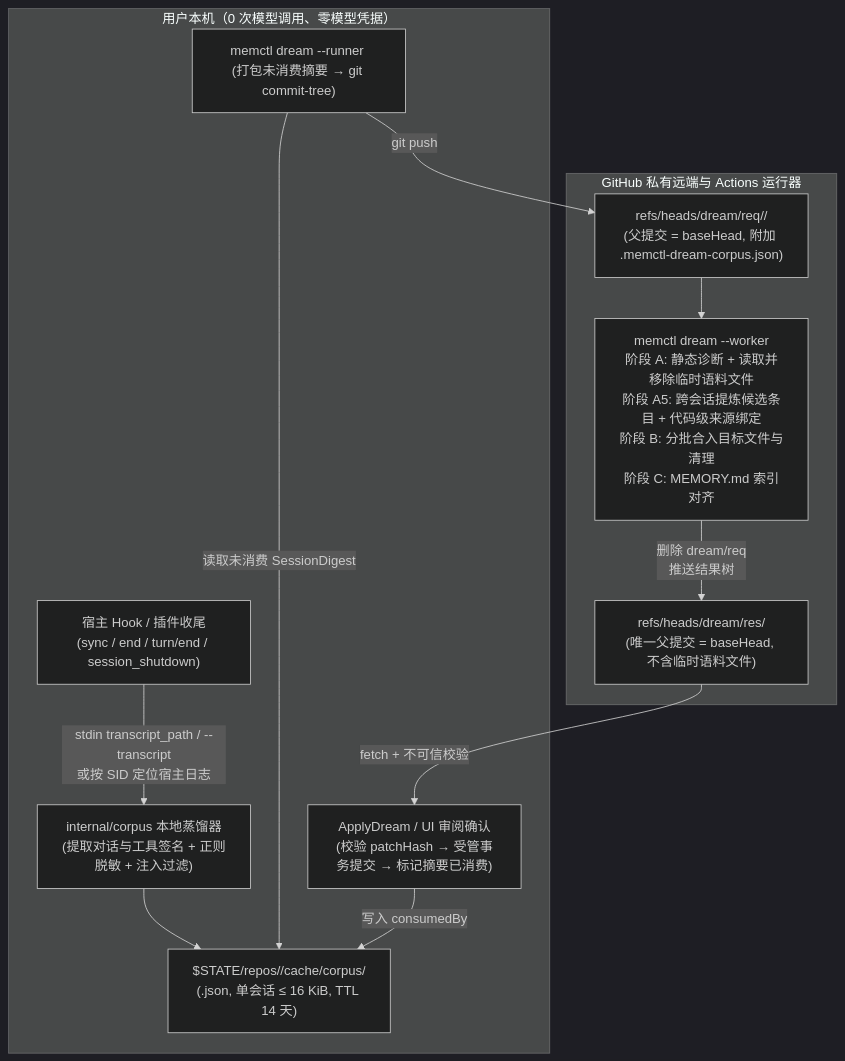
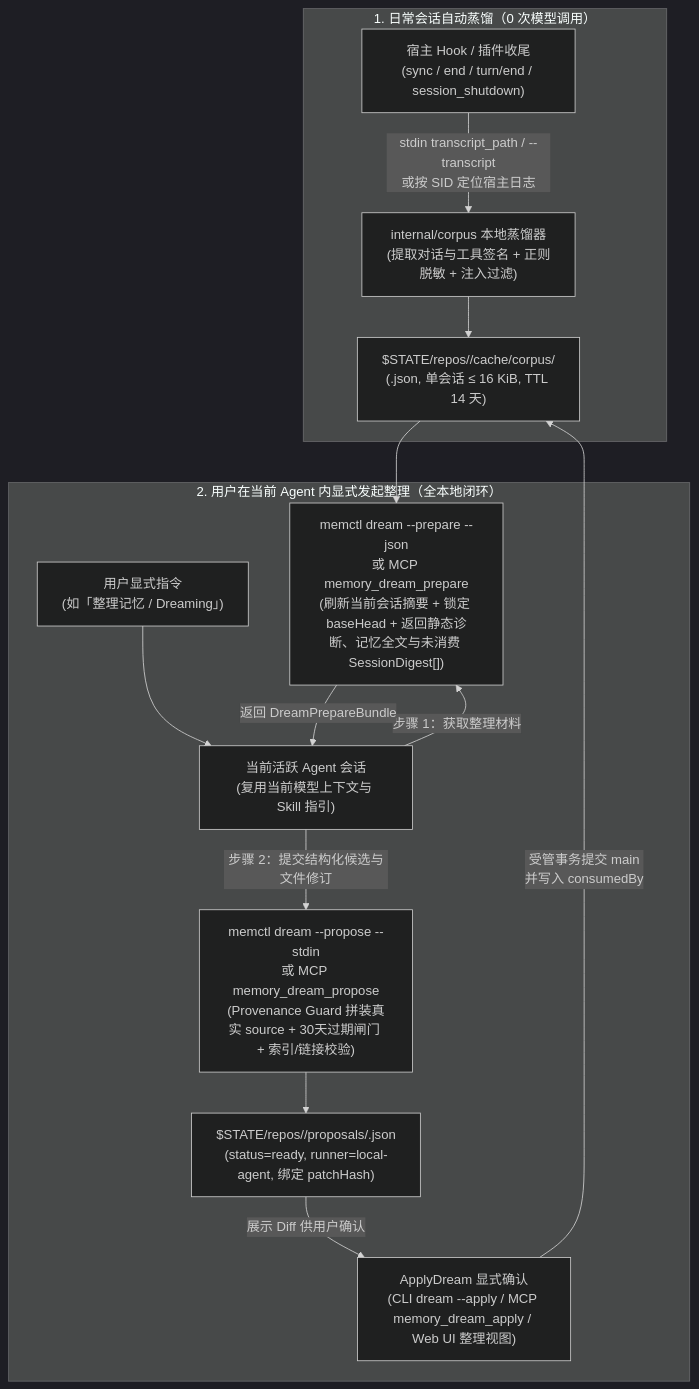
One commit to gray0128/memctl changed the diagram in docs/12-session-corpus-dreaming.md. Above: the diagram before and after it, drawn with Mermaid (dark theme). The commit also changed other lines of this file and 9 other files, not shown here.

Commit message:
docs(dream): 跨会话新记忆提炼改为本地当前 Agent 交互式整理（T098）

````diff
--- a/docs/12-session-corpus-dreaming.md
+++ b/docs/12-session-corpus-dreaming.md
@@ -18,25 +17,28 @@
 ```mermaid
 flowchart TB
-    subgraph Local["用户本机（0 次模型调用、零模型凭据）"]
+    subgraph Collect["1. 日常会话自动蒸馏（0 次模型调用）"]
         Hook["宿主 Hook / 插件收尾\n(sync / end / turn/end / session_shutdown)"]
         Corpus["internal/corpus 本地蒸馏器\n(提取对话与工具签名 + 正则脱敏 + 注入过滤)"]
         Cache["$STATE/repos/<repoId>/cache/corpus/\n(<sha256>.json, 单会话 ≤ 16 KiB, TTL 14 天)"]
-        Begin["memctl dream --runner <provider>\n(打包未消费摘要 → git commit-tree)"]
-        Apply["ApplyDream / UI 审阅确认\n(校验 patchHash → 受管事务提交 → 标记摘要已消费)"]
+        Hook -->|"stdin transcript_path / --transcript\n或按 SID 定位宿主日志"| Corpus
+        Corpus --> Cache
     end
 
-    subgraph Remote["GitHub 私有远端与 Actions 运行器"]
-        Req["refs/heads/dream/req/<proposalId>/<provider>\n(父提交 = baseHead, 附加 .memctl-dream-corpus.json)"]
-        Worker["memctl dream --worker\n阶段 A: 静态诊断 + 读取并移除临时语料文件\n阶段 A5: 跨会话提炼候选条目 + 代码级来源绑定\n阶段 B: 分批合入目标文件与清理\n阶段 C: MEMORY.md 索引对齐"]
-        Res["refs/heads/dream/res/<proposalId>\n(唯一父提交 = baseHead, 不含临时语料文件)"]
+    subgraph Interactive["2. 用户在当前 Agent 内显式发起整理（全本地闭环）"]
+        User["用户显式指令\n(如「整理记忆 / Dreaming」)"]
+        Agent["当前活跃 Agent 会话\n(复用当前模型上下文与 Skill 指引)"]
+        Prepare["memctl dream --prepare --json\n或 MCP memory_dream_prepare\n(刷新当前会话摘要 + 锁定 baseHead + 返回静态诊断、记忆全文与未消费 SessionDigest[])"]
+        Propose["memctl dream --propose --stdin\n或 MCP memory_dream_propose\n(Provenance Guard 拼装真实 source + 30天过期闸门 + 索引/链接校验)"]
+        Proposal["$STATE/repos/<repoId>/proposals/<id>.json\n(status=ready, runner=local-agent, 绑定 patchHash)"]
+        Apply["ApplyDream 显式确认\n(CLI dream --apply / MCP memory_dream_apply / Web UI 整理视图)"]
+
+        User --> Agent
+        Agent -->|"步骤 1：获取整理材料"| Prepare
+        Cache --> Prepare
+        Prepare -->|"返回 DreamPrepareBundle"| Agent
+        Agent -->|"步骤 2：提交结构化候选与文件修订"| Propose
+        Propose --> Proposal
+        Proposal -->|"展示 Diff 供用户确认"| Apply
+        Apply -->|"受管事务提交 main\n并写入 consumedBy"| Cache
     end
-
-    Hook -->|"stdin transcript_path / --transcript\n或按 SID 定位宿主日志"| Corpus
-    Corpus --> Cache
-    Begin -->|"读取未消费 SessionDigest"| Cache
-    Begin -->|"git push"| Req
-    Req --> Worker
-    Worker -->|"删除 dream/req\n推送结果树"| Res
-    Res -->|"fetch + 不可信校验"| Apply
-    Apply -->|"写入 consumedBy"| Cache
 ```
````
